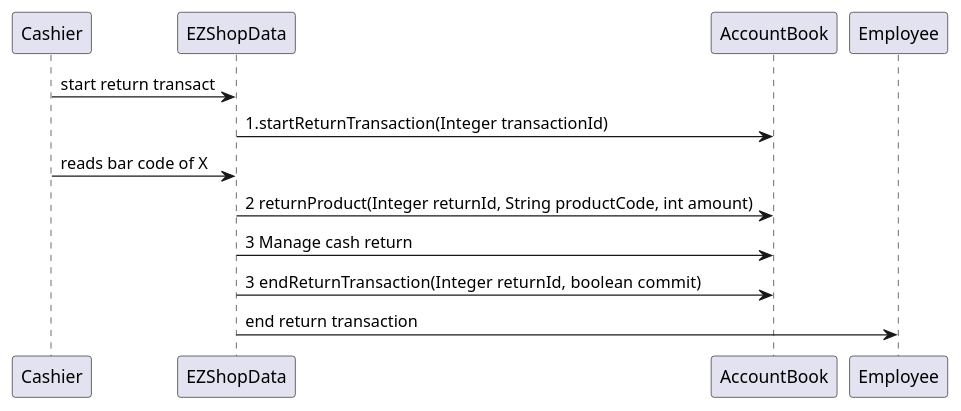
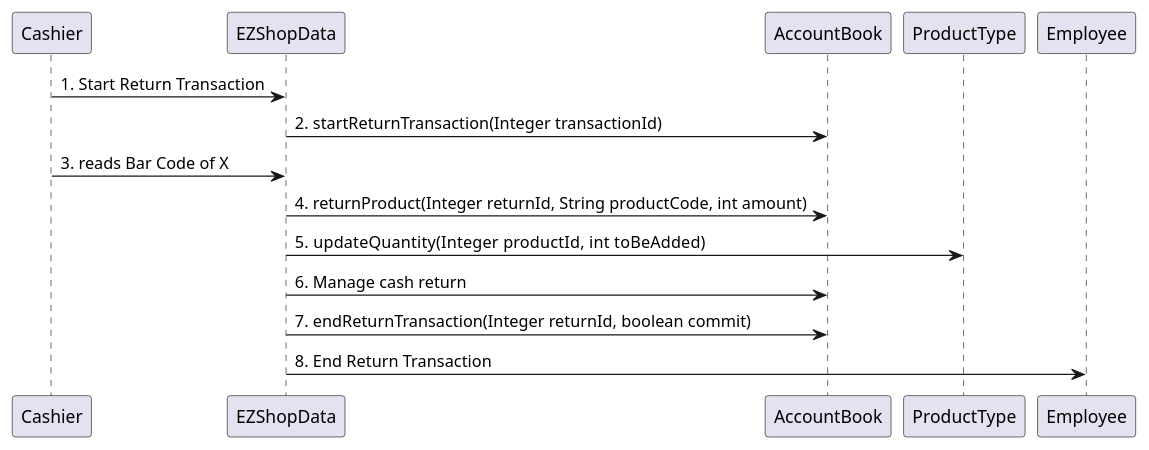
One commit to djemar/softeng_ezshop changed diagram 27 of 31 in Deliverables/DesignDocument.md. Above: the diagram before and after it, drawn with PlantUML. The commit also changed other lines of this file, not shown here.

Commit message:
sequence diagram

````diff
--- a/Deliverables/DesignDocument.md
+++ b/Deliverables/DesignDocument.md
@@ -517,11 +523,12 @@
 ```plantuml
-"Cashier" -> "EZShopData" : start return transact
+"Cashier" -> "EZShopData" : 1. Start Return Transaction
 
-"EZShopData" -> "AccountBook": 1.startReturnTransaction(Integer transactionId)
-"Cashier"->  "EZShopData": reads bar code of X
-"EZShopData" -> "AccountBook":2 returnProduct(Integer returnId, String productCode, int amount)
-"EZShopData" -> "AccountBook":3 Manage cash return
-"EZShopData" -> "AccountBook": 3  endReturnTransaction(Integer returnId, boolean commit)
-"EZShopData" -> "Employee" : end return transaction
+"EZShopData" -> "AccountBook": 2. startReturnTransaction(Integer transactionId)
+"Cashier"->  "EZShopData": 3. reads Bar Code of X
+"EZShopData" -> "AccountBook": 4. returnProduct(Integer returnId, String productCode, int amount)
+"EZShopData" -> "ProductType" : 5.   updateQuantity(Integer productId, int toBeAdded)
+"EZShopData" -> "AccountBook":6. Manage cash return
+"EZShopData" -> "AccountBook": 7. endReturnTransaction(Integer returnId, boolean commit)
+"EZShopData" -> "Employee" : 8. End Return Transaction
 
 ```
````
